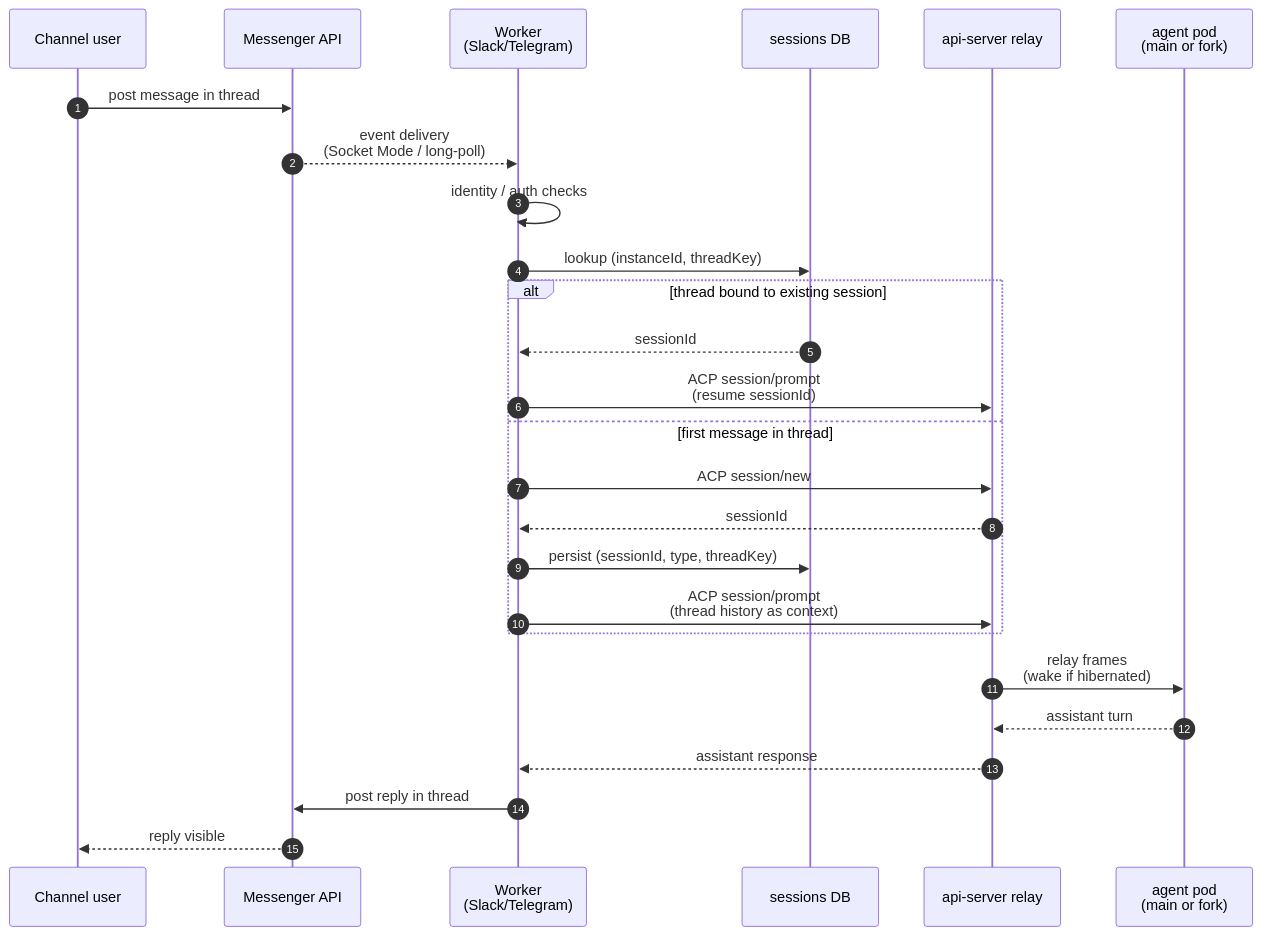
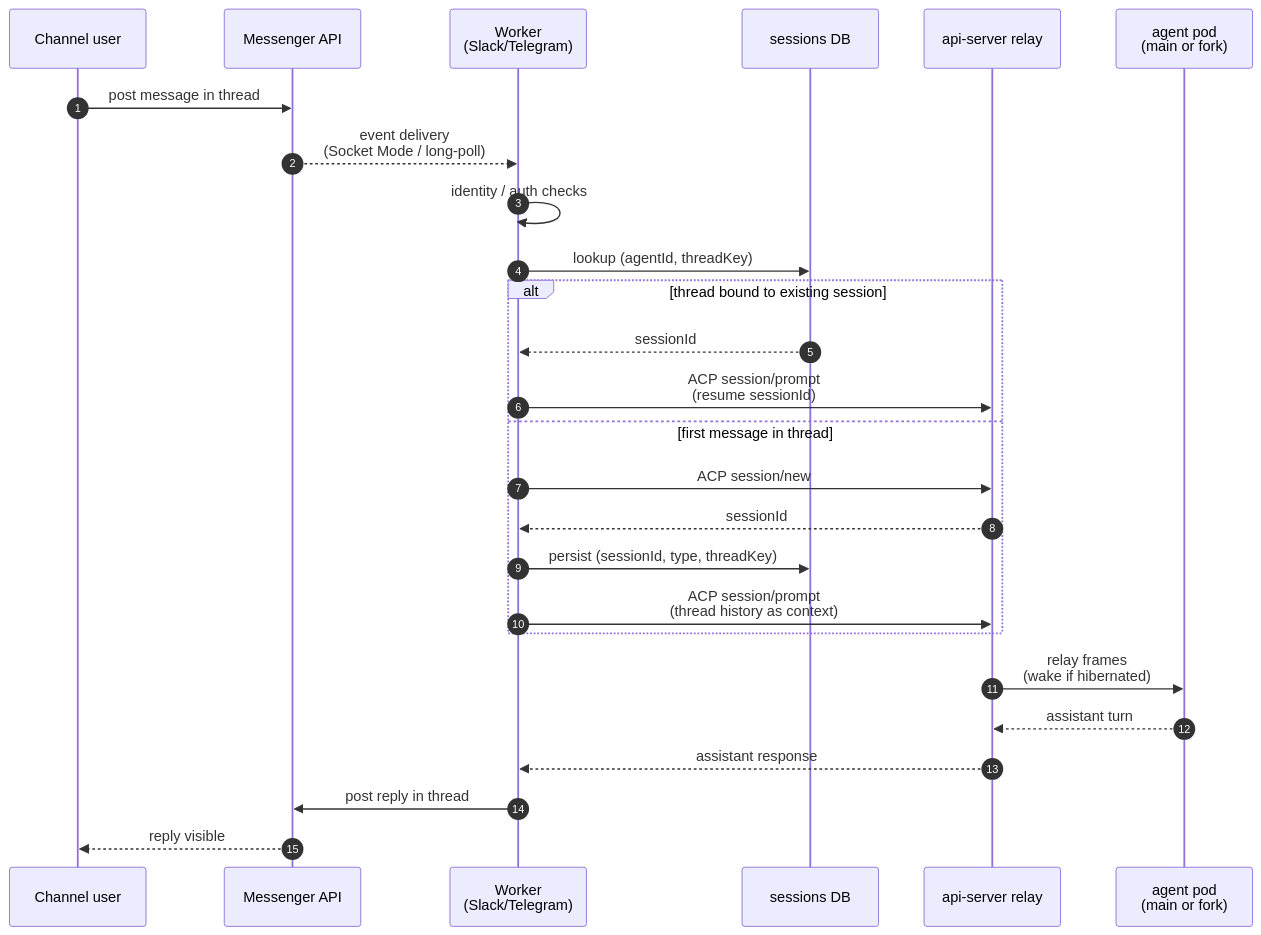
Before and after one commit to subbyte/dam: the third of 4 diagrams in docs/architecture/channels.md, drawn with Mermaid. The commit also changed other lines of this file and 287 other files, not shown here.

Commit message:
refactor: eliminate Instance, collapse into Agent (ADR-046) (#302)

````diff
--- a/docs/architecture/channels.md
+++ b/docs/architecture/channels.md
@@ -132,29 +135,29 @@
 ```mermaid
 sequenceDiagram
   autonumber
   participant U as Channel user
   participant M as Messenger API
   participant W as Worker<br/>(Slack/Telegram)
   participant DB as sessions DB
   participant API as api-server relay
   participant POD as agent pod<br/>(main or fork)
 
   U->>M: post message in thread
   M-->>W: event delivery<br/>(Socket Mode / long-poll)
   W->>W: identity / auth checks
-  W->>DB: lookup (instanceId, threadKey)
+  W->>DB: lookup (agentId, threadKey)
   alt thread bound to existing session
     DB-->>W: sessionId
     W->>API: ACP session/prompt<br/>(resume sessionId)
   else first message in thread
     W->>API: ACP session/new
     API-->>W: sessionId
     W->>DB: persist (sessionId, type, threadKey)
     W->>API: ACP session/prompt<br/>(thread history as context)
   end
   API->>POD: relay frames<br/>(wake if hibernated)
   POD-->>API: assistant turn
   API-->>W: assistant response
   W->>M: post reply in thread
   M-->>U: reply visible
 ```
````
